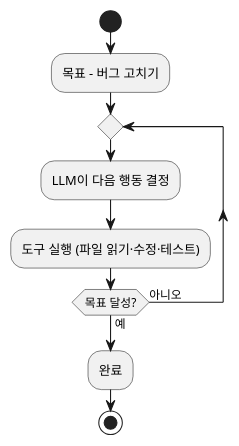
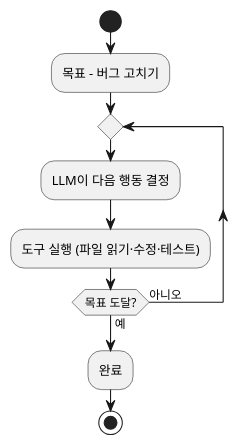
One commit to johnycho/johny-dev changed the second of 3 diagrams in blog/2026-08-05-ai-concepts-llm-agent-mcp.mdx. Above: the diagram before and after it, drawn with PlantUML. The commit also changed other lines of this file and 5 other files, not shown here.

````diff
--- a/blog/2026-08-05-ai-concepts-llm-agent-mcp.mdx
+++ b/blog/2026-08-05-ai-concepts-llm-agent-mcp.mdx
@@ -98,12 +98,12 @@
 ```plantuml
 @startuml
 start
 :목표 - 버그 고치기;
 repeat
   :LLM이 다음 행동 결정;
   :도구 실행 (파일 읽기·수정·테스트);
-repeat while (목표 달성?) is (아니오) not (예)
+repeat while (목표 도달?) is (아니오) not (예)
 :완료;
 stop
 @enduml
 ```
````
